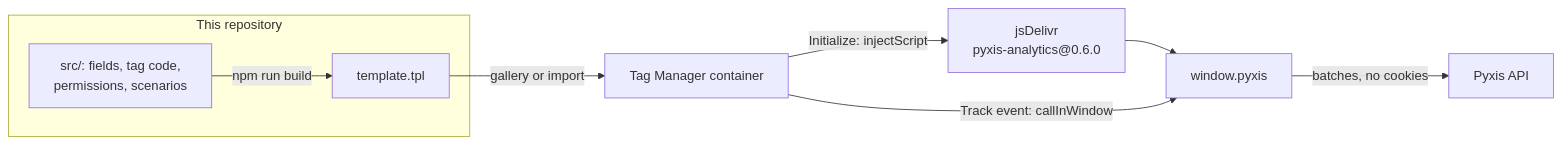
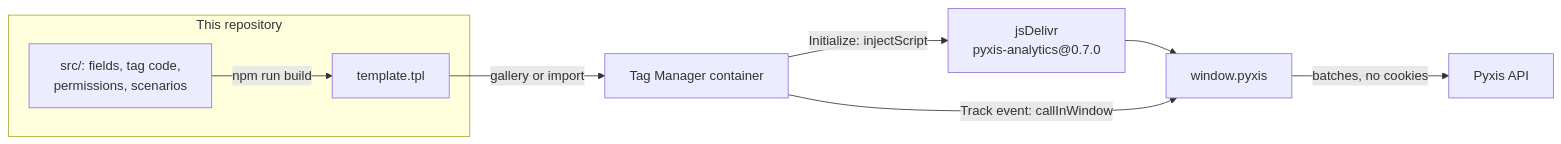
The diagram in README.md (samuelcsantana/pyxis-gtm-template), drawn with Mermaid before and after one commit. The commit also changed other lines of this file, not shown here.

````diff
--- a/README.md
+++ b/README.md
@@ -110,11 +114,11 @@
 ```mermaid
 flowchart LR
   subgraph repository[This repository]
     sources["src/: fields, tag code,<br>permissions, scenarios"] -->|npm run build| tpl[template.tpl]
   end
   tpl -->|gallery or import| container[Tag Manager container]
-  container -->|Initialize: injectScript| cdn["jsDelivr<br>pyxis-analytics@0.6.0"]
+  container -->|Initialize: injectScript| cdn["jsDelivr<br>pyxis-analytics@0.7.0"]
   cdn --> tracker[window.pyxis]
   container -->|Track event: callInWindow| tracker
   tracker -->|batches, no cookies| api[Pyxis API]
 ```
````
